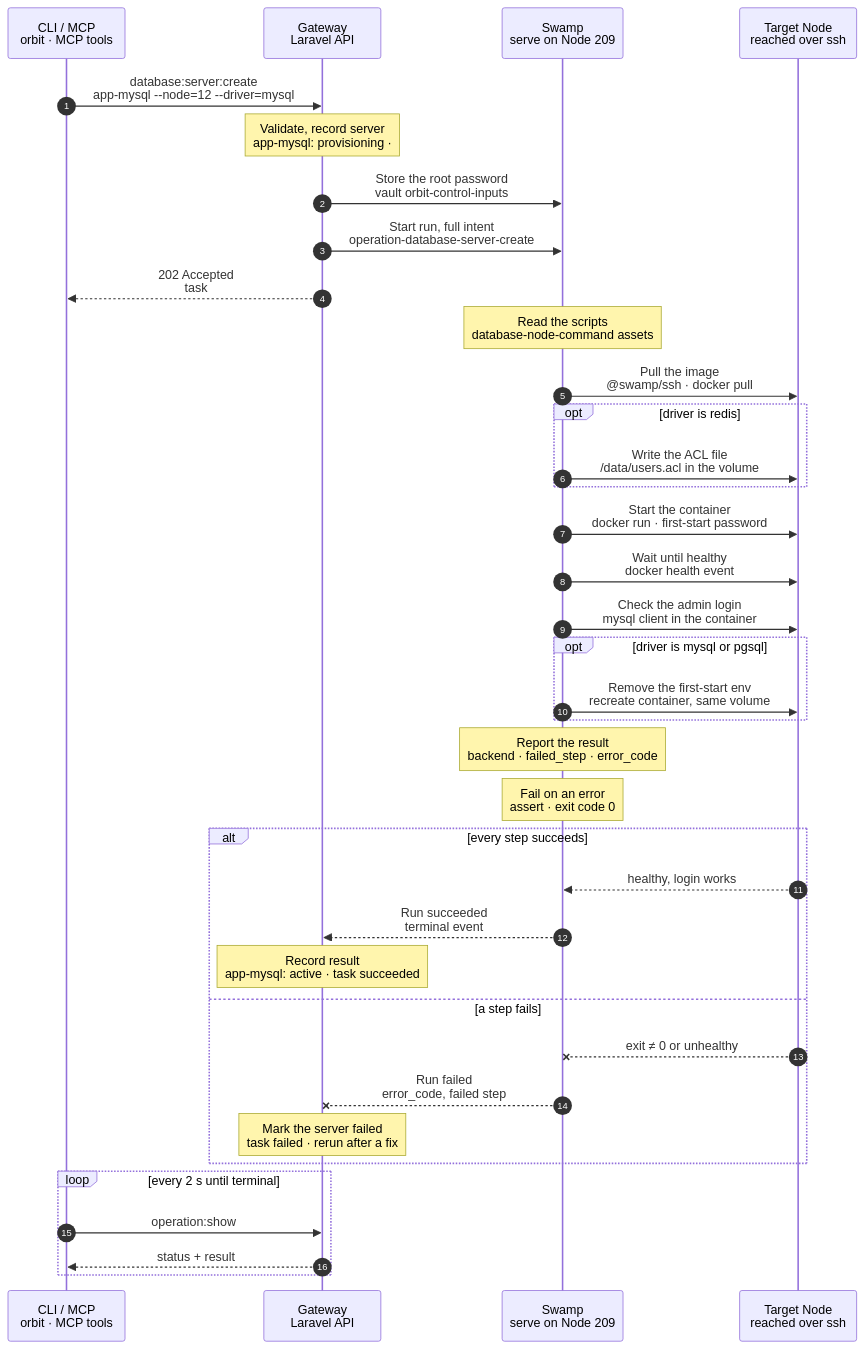
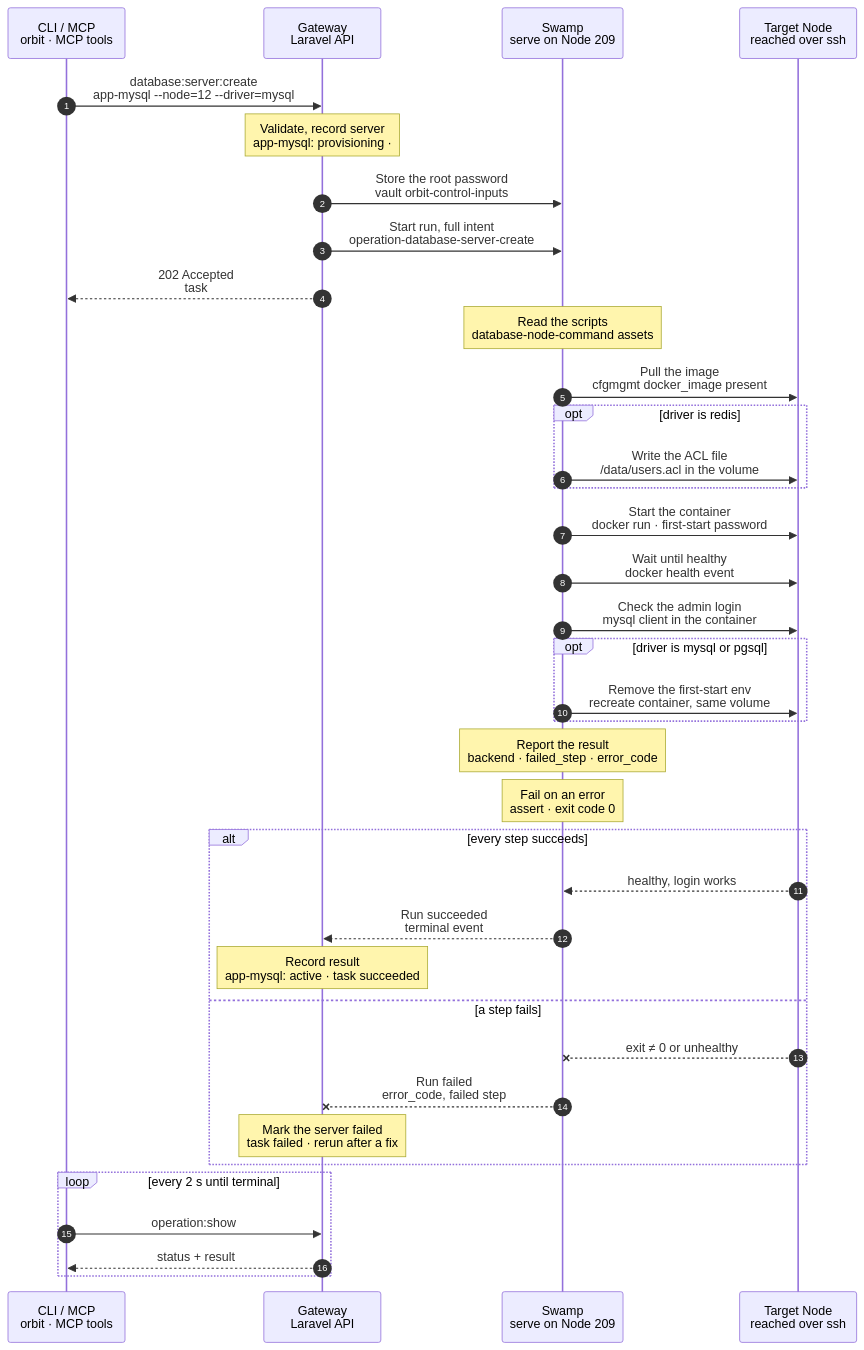
The diagram in docs/flows/database_server.create.mmd (hardimpactdev/orbit), drawn with Mermaid before and after one commit. The commit also changed 48 other files, not shown here.

```diff
--- a/docs/flows/database_server.create.mmd
+++ b/docs/flows/database_server.create.mmd
@@ -1,151 +1,151 @@
 sequenceDiagram
   %% Target design: ADR 0244 task, single-swamp-node, DECISIONS R1-R4 (root password by vault key), docs/reference/database-servers.md. Valkey adoption (--process, --connection) removed.
   %% status: draft
   %% command: database:server:create
   autonumber
   %% lane CLI icon=terminal pill=caller tone=gray
   %% lane GW icon=gateway pill=intent tone=blue
   %% lane SW icon=workflow pill=executes tone=green
   %% lane N icon=server pill=target tone=amber
   participant CLI as CLI / MCP<br/>orbit · MCP tools
   participant GW as Gateway<br/>Laravel API
   participant SW as Swamp<br/>serve on Node 209
   participant N as Target Node<br/>reached over ssh
   CLI->>GW: database:server:create<br/>app-mysql --node=12 --driver=mysql
   %%> Command:
   %%> - `orbit database:server:create app-mysql --node=12 --driver=mysql`
   %%> - syntax: `<slug> --node=NODE [--driver=mysql|pgsql|redis] [--tag=TAG] [--port=PORT] [--idempotency-key=KEY] [--json]`
   %%> Input:
   %%> - the slug of the Database server as the argument, lowercase kebab, at most 63 characters
   %%> - the Node, and optionally the driver, the image tag and the port
   %%> Defaults:
   %%> - driver `mysql`; a `redis` server runs Valkey
   %%> - tag `8.4` for mysql, `18` for pgsql, `8.1` for redis
   %%> - port `3306`, `5432` or `6379`
   %%> Not included:
   %%> - adopting an existing Valkey Process with `--process` and `--connection`; both adoptions are done, so the option is removed
   Note over GW: Validate, record server<br/>app-mysql: provisioning · #5150
   %%> Requirements:
   %%> - your Node has an access grant to Node 12
   %%> - Node 12 is an active Linux Node with Docker and a WireGuard address
   %%> - no other Database server has the slug, or this is the same request again (then it continues)
   %%> - no other Process on Node 12 publishes port 3306
   %%> - no removal of app-mysql is unfinished
   %%> What it does:
   %%> - generates the root password and stores it encrypted on the Database server record
   %%> - records the Docker Node Process `app-mysql` with image `mysql:8.4` and volume `orbit-app-mysql-data`
   %%> - takes the lock for app-mysql, so no database change runs on it at the same time
   %%> Result:
   %%> - Database server app-mysql recorded with status provisioning
   %%> - task #5150 recorded with the full intent
   %%> - nothing has happened on the Node yet
   GW->>SW: Store the root password<br/>vault orbit-control-inputs
   %%> What it does:
   %%> - writes an execution copy of the root password to the Swamp vault, under the server's own key `database-server-14-admin`
   %%> - for redis: also writes the ACL file, which holds only password hashes, under `database-server-create-intent-5150`
   %%> Why:
   %%> - the password never enters the intent, the run inputs, the Process record or a command argument (R3)
   %%> - steps read it with `vault.get` and pass it on standard input
   %%> - every later database kind that logs in as the admin reads the same key by name
   GW->>SW: Start run, full intent<br/>operation-database-server-create
   %%> What it does:
   %%> - starts one Swamp run on serve (Node 209)
   %%> Inputs:
   %%> - driver, image, port, container name and volume
   %%> - the private bindings: Node 12's WireGuard address, and its LAN address when it has one
   %%> - the vault key names of the password and the ACL file, never the values
   %%> - Node 12's address and SSH host keys; the SSH identity comes from the `swamp` role
   GW-->>CLI: 202 Accepted<br/>task #5150
   %%> What you get:
   %%> - the task number, at once
   %%> Next:
   %%> - the CLI follows the task with `operation:show`
   Note over SW: Read the scripts<br/>database-node-command assets
   %%> What it does:
   %%> - reads the shipped phase script on 209, to send it over SSH in argv
   %%> - nothing is copied to Node 12, so nothing is left to clean up
-  SW->>N: Pull the image<br/>@swamp/ssh · docker pull
+  SW->>N: Pull the image<br/>cfgmgmt docker_image present
   %%> How:
-  %%> - Swamp reaches Node 12 over SSH from 209 with the official `@swamp/ssh` behavior
+  %%> - Swamp reaches Node 12 from 209 with the official `@swamp/cfgmgmt/docker_image` behavior, `ensure: present`
   %%> What it does:
   %%> - pulls `mysql:8.4`; an image that is already present is kept
   opt driver is redis
     SW->>N: Write the ACL file<br/>/data/users.acl in the volume
     %%> What it does:
     %%> - writes one line for the user `default` with the SHA-256 hash of the admin password, through a short-lived container that mounts the volume
     %%> - the file comes on standard input; it holds only hashes
     %%> Why:
     %%> - Valkey starts only from this file; without it Valkey refuses to start, so a damaged server stays closed
     %%> Repair:
     %%> - on an active Valkey server, the same command rebuilds the file from the records, with every ACL user
   end
   SW->>N: Start the container<br/>docker run · first-start password
   %%> What it does:
   %%> - starts `app-mysql` with the volume and the port bound only on the private addresses
   %%> - for mysql and pgsql: passes `MYSQL_ROOT_PASSWORD` or `POSTGRES_PASSWORD` once, from the vault through standard input
   %%> - for redis: no environment; Valkey runs with `--aclfile /data/users.acl`
   %%> Never:
   %%> - binds `0.0.0.0`, an IPv6 wildcard or a public address
   SW->>N: Wait until healthy<br/>docker health event
   %%> What it does:
   %%> - reads Docker's first health event for the container
   %%> - healthy goes on; unhealthy or an exit fails the step
   %%> Why:
   %%> - Docker owns the probe; the run's time budget bounds the wait
   SW->>N: Check the admin login<br/>mysql client in the container
   %%> What it does:
   %%> - logs in as root over TCP inside the container, with the password on standard input
   %%> - for redis: logs in as `default`
   %%> Why:
   %%> - only the final server accepts this login, so the next step never recreates a container that is still initializing
   opt driver is mysql or pgsql
     SW->>N: Remove the first-start env<br/>recreate container, same volume
     %%> What it does:
     %%> - recreates `app-mysql` without the password variable; the data volume keeps the password
     %%> - checks the root login again
     %%> Result:
     %%> - the password is absent from the container environment and `docker inspect`
   end
   Note over SW: Report the result<br/>backend · failed_step · error_code
   %%> What it does:
   %%> - maps the first failed step to its error code, for example `database.server_unhealthy`
   Note over SW: Fail on an error<br/>assert · exit code 0
   %%> What it does:
   %%> - fails the run when the report holds an `error_code`, so the task fails with that code
   alt every step succeeds
     N-->>SW: healthy, login works
     %%> Returns:
     %%> - the container is healthy and the admin login works
     SW-->>GW: Run succeeded<br/>terminal event
     %%> How the Gateway learns it:
     %%> - its shared run reader sees the terminal event; Swamp never calls the Gateway
     Note over GW: Record result<br/>app-mysql: active · task succeeded
     %%> Result:
     %%> - Database server app-mysql becomes active, and its Process runs
     %%> - task #5150 succeeds
     %%> - `database:create --server=app-mysql` can now create databases on it
   else a step fails
     N--xSW: exit ≠ 0 or unhealthy
     %%> When:
     %%> - the pull fails, the container does not become healthy, or the admin login fails
     SW--xGW: Run failed<br/>error_code, failed step
     %%> The Gateway reads:
     %%> - which step failed and its error code, such as `database.server_start_failed`
     Note over GW: Mark the server failed<br/>task failed · rerun after a fix
     %%> Result:
     %%> - Database server app-mysql is marked failed, with the failed step
     %%> - task #5150 fails
     %%> On the Node:
     %%> - the container and the volume stay as they are; there is no rollback
     %%> - that is safe: a rerun reuses the recorded password, Process and volume
     %%> Retry:
     %%> - run the same command again after fixing the cause; it is a new task and continues from the current state
   end
   loop every 2 s until terminal
     CLI->>GW: operation:show #5150
     %%> What it does:
     %%> - asks for the task's status every 2 seconds until it has ended
     GW-->>CLI: status + result
     %%> Returns:
     %%> - the current status, and the result once the task has ended
   end
```
